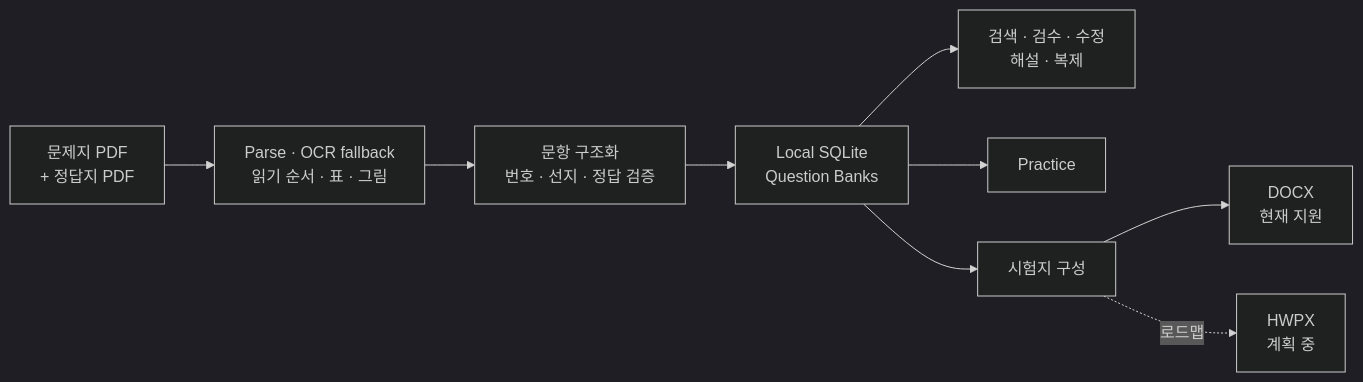
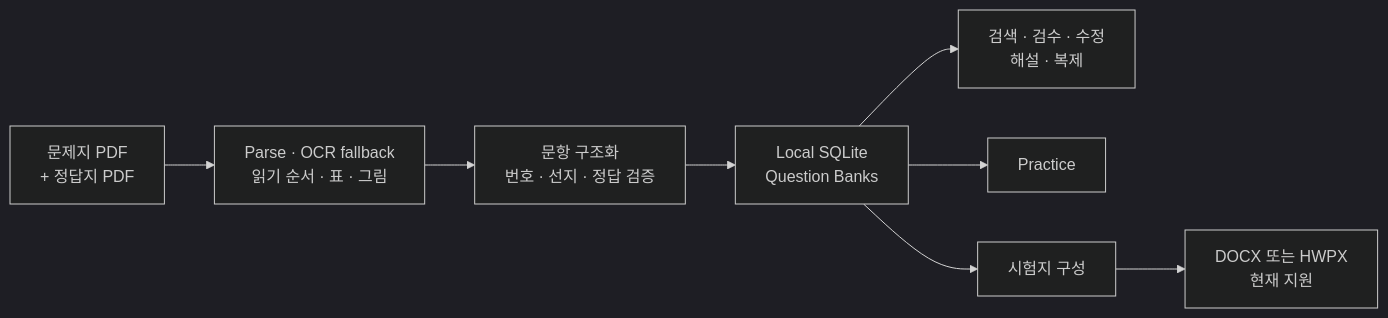
The diagram in README.md (CAPTW/exam-weaver-archive), drawn with Mermaid (dark theme) before and after one commit. The commit also changed other lines of this file and 12 other files, not shown here.

First line of the commit message:
feat(export): add DOCX and HWPX output selector (#12)

````diff
--- a/README.md
+++ b/README.md
@@ -29,11 +29,10 @@
 ```mermaid
 flowchart LR
     A["문제지 PDF<br/>+ 정답지 PDF"] --> B["Parse · OCR fallback<br/>읽기 순서 · 표 · 그림"]
     B --> C["문항 구조화<br/>번호 · 선지 · 정답 검증"]
     C --> D["Local SQLite<br/>Question Banks"]
     D --> E["검색 · 검수 · 수정<br/>해설 · 복제"]
     D --> F["Practice"]
     D --> G["시험지 구성"]
-    G --> H["DOCX<br/>현재 지원"]
-    G -. "로드맵" .-> I["HWPX<br/>계획 중"]
+    G --> H["DOCX 또는 HWPX<br/>현재 지원"]
 ```
````
